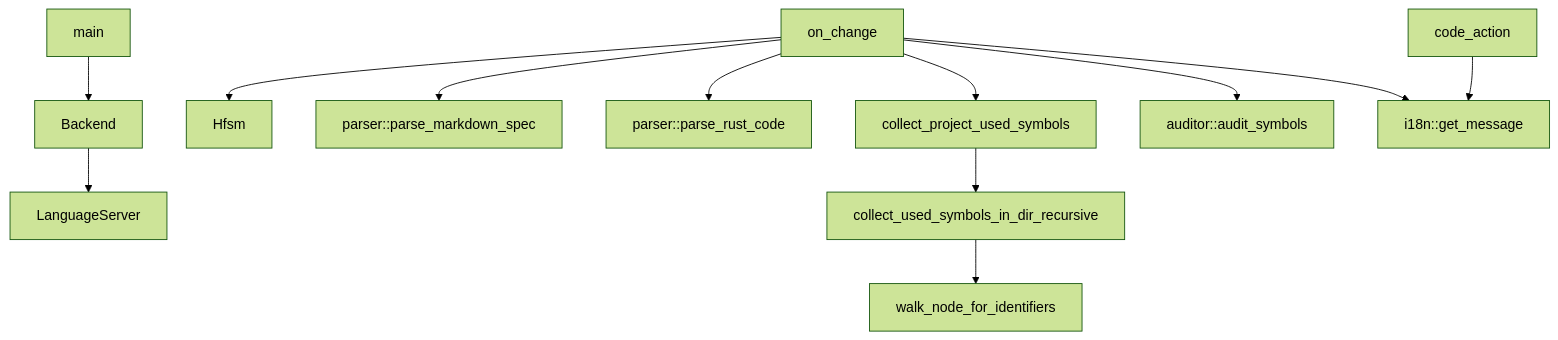
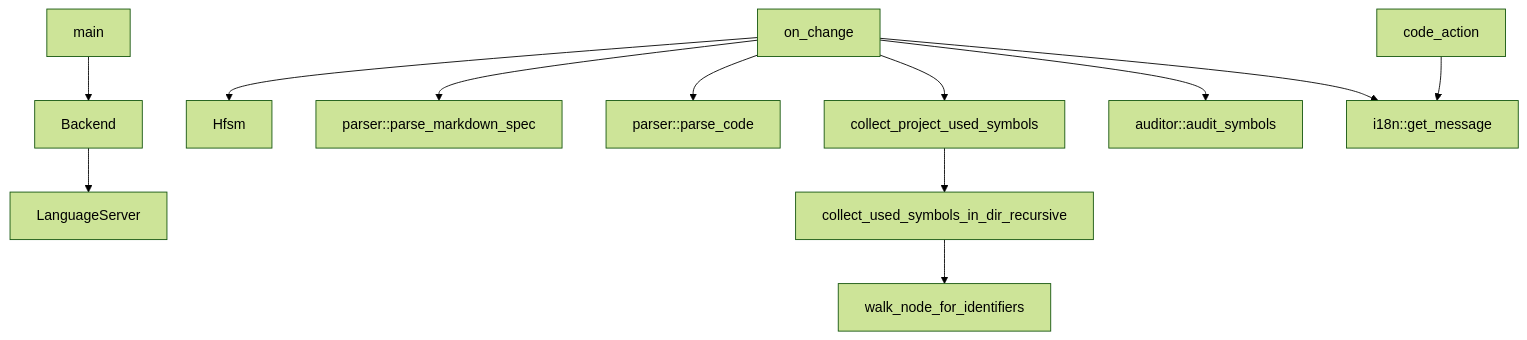
The diagram in docs/variables'n'functions/[Rust]main.md (DovahkiinYuzuko/DocsAuditor), drawn with Mermaid (forest theme) before and after one commit. The commit also changed other lines of this file and 14 other files, not shown here.

````diff
--- a/docs/variables'n'functions/[Rust]main.md
+++ b/docs/variables'n'functions/[Rust]main.md
@@ -78,14 +80,14 @@
 ```mermaid
 graph TD
     main --> Backend
     Backend --> LanguageServer
     on_change --> Hfsm
     on_change --> parser::parse_markdown_spec
-    on_change --> parser::parse_rust_code
+    on_change --> parser::parse_code
     on_change --> collect_project_used_symbols
     on_change --> auditor::audit_symbols
     on_change --> i18n::get_message
     code_action --> i18n::get_message
     collect_project_used_symbols --> collect_used_symbols_in_dir_recursive
     collect_used_symbols_in_dir_recursive --> walk_node_for_identifiers
 ```
````
